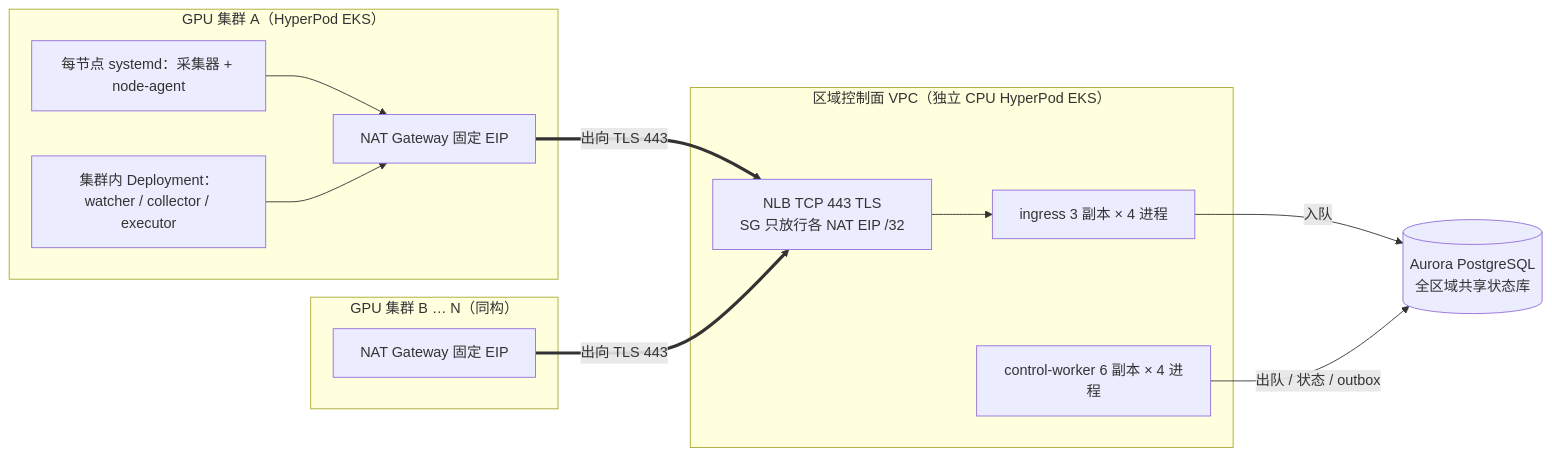
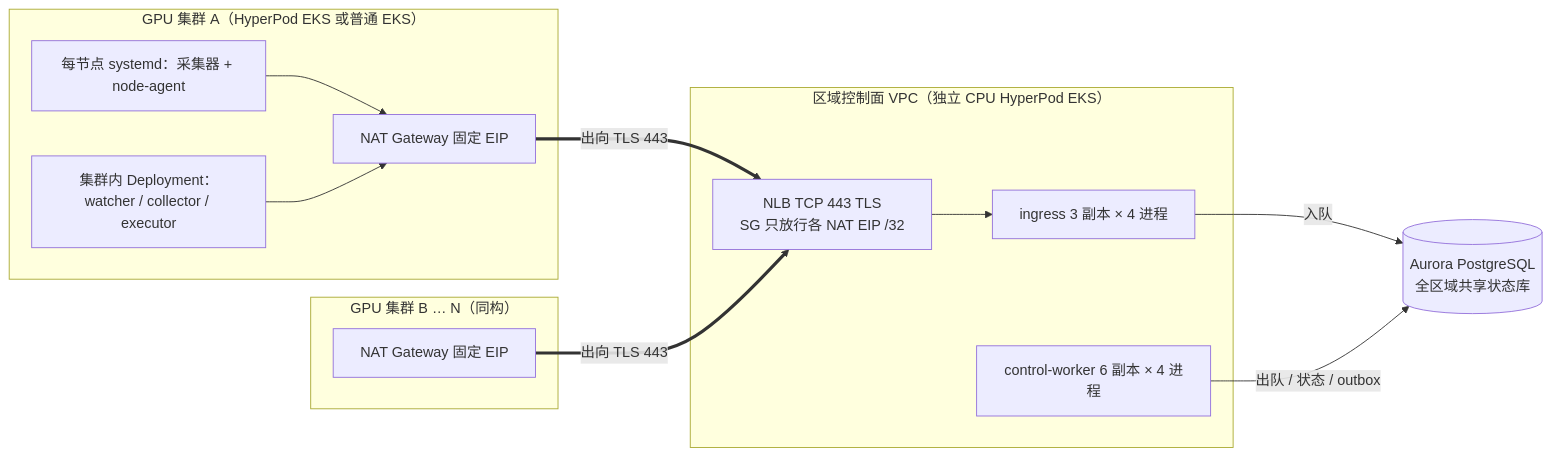
One commit to yuhuiaws/GPU-Fault-Recovery-System changed the third of 9 diagrams in docs/概要设计.md. Above: the diagram before and after it, drawn with Mermaid. The commit also changed other lines of this file and 1 other file, not shown here.

````diff
--- a/docs/概要设计.md
+++ b/docs/概要设计.md
@@ -407,28 +471,28 @@
 ```mermaid
 flowchart LR
-    subgraph GA["GPU 集群 A（HyperPod EKS）"]
+    subgraph GA["GPU 集群 A（HyperPod EKS 或普通 EKS）"]
         AN["每节点 systemd：采集器 + node-agent"]
         AD["集群内 Deployment：watcher / collector / executor"]
         AG["NAT Gateway 固定 EIP"]
         AN --> AG
         AD --> AG
     end
 
     subgraph GB["GPU 集群 B … N（同构）"]
         BG["NAT Gateway 固定 EIP"]
     end
 
     subgraph CVPC["区域控制面 VPC（独立 CPU HyperPod EKS）"]
         NLB["NLB TCP 443 TLS<br/>SG 只放行各 NAT EIP /32"]
         ING["ingress 3 副本 × 4 进程"]
         WRK["control-worker 6 副本 × 4 进程"]
         NLB --> ING
     end
 
     AUR[("Aurora PostgreSQL<br/>全区域共享状态库")]
 
     AG == "出向 TLS 443" ==> NLB
     BG == "出向 TLS 443" ==> NLB
     ING -- "入队" --> AUR
     WRK -- "出队 / 状态 / outbox" --> AUR
 ```
````
